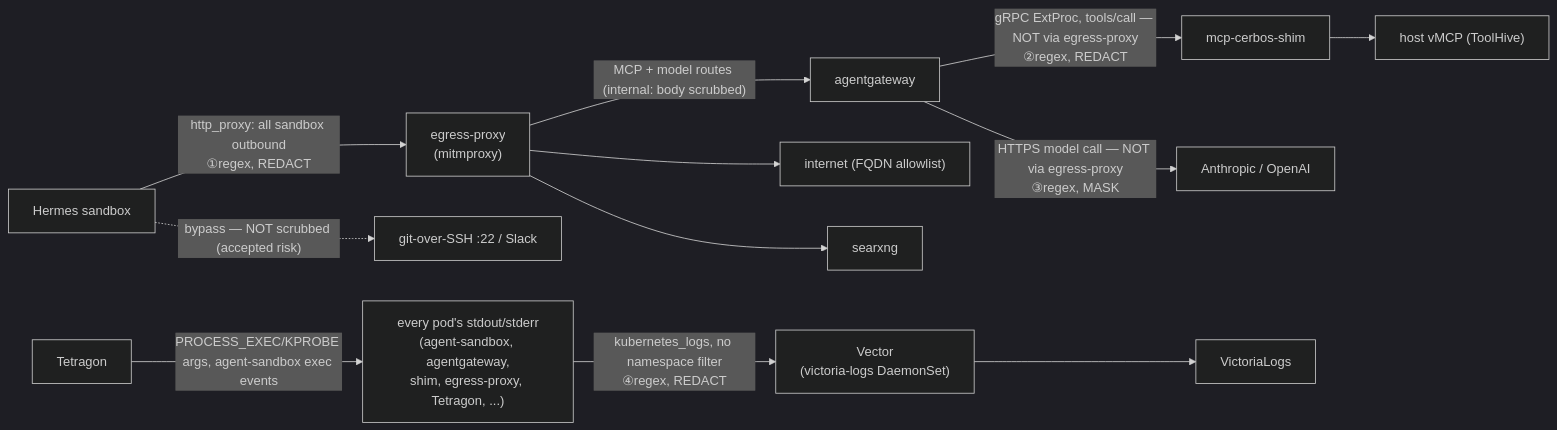
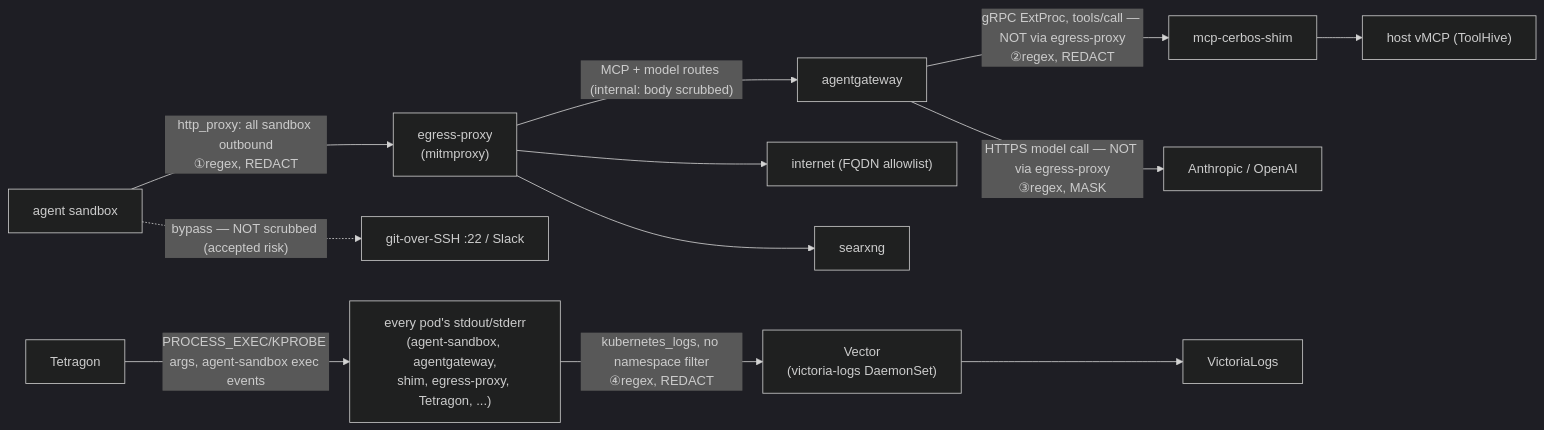
The diagram in docs/secrets-and-pii-redaction.md (christensenjairus/Vicegerent-Agents), drawn with Mermaid (dark theme) before and after one commit. The commit also changed other lines of this file and 68 other files, not shown here.

````diff
--- a/docs/secrets-and-pii-redaction.md
+++ b/docs/secrets-and-pii-redaction.md
@@ -54,28 +54,28 @@
 ```mermaid
 flowchart LR
-    H[Hermes sandbox]
+    H[agent sandbox]
     EP["egress-proxy<br/>(mitmproxy)"]
     AGW[agentgateway]
     SHIM[mcp-cerbos-shim]
     VMCP["host vMCP (ToolHive)"]
     LLM["Anthropic / OpenAI"]
     NET["internet (FQDN allowlist)"]
     SX[searxng]
     DIRECT["git-over-SSH :22 / Slack"]
     TETRA[Tetragon]
     ALLPODS["every pod's stdout/stderr<br/>(agent-sandbox, agentgateway,<br/>shim, egress-proxy, Tetragon, ...)"]
     VECTOR["Vector<br/>(victoria-logs DaemonSet)"]
     VLOGS[VictoriaLogs]
 
     H -->|"http_proxy: all sandbox outbound<br/>①regex, REDACT"| EP
     EP -->|"MCP + model routes (internal: body scrubbed)"| AGW
     EP --> NET
     EP --> SX
     AGW -->|"gRPC ExtProc, tools/call — NOT via egress-proxy<br/>②regex, REDACT"| SHIM
     SHIM --> VMCP
     AGW -->|"HTTPS model call — NOT via egress-proxy<br/>③regex, MASK"| LLM
     H -.->|"bypass — NOT scrubbed (accepted risk)"| DIRECT
     TETRA -->|"PROCESS_EXEC/KPROBE args, agent-sandbox exec events"| ALLPODS
     ALLPODS -->|"kubernetes_logs, no namespace filter<br/>④regex, REDACT"| VECTOR
     VECTOR --> VLOGS
 ```
````
